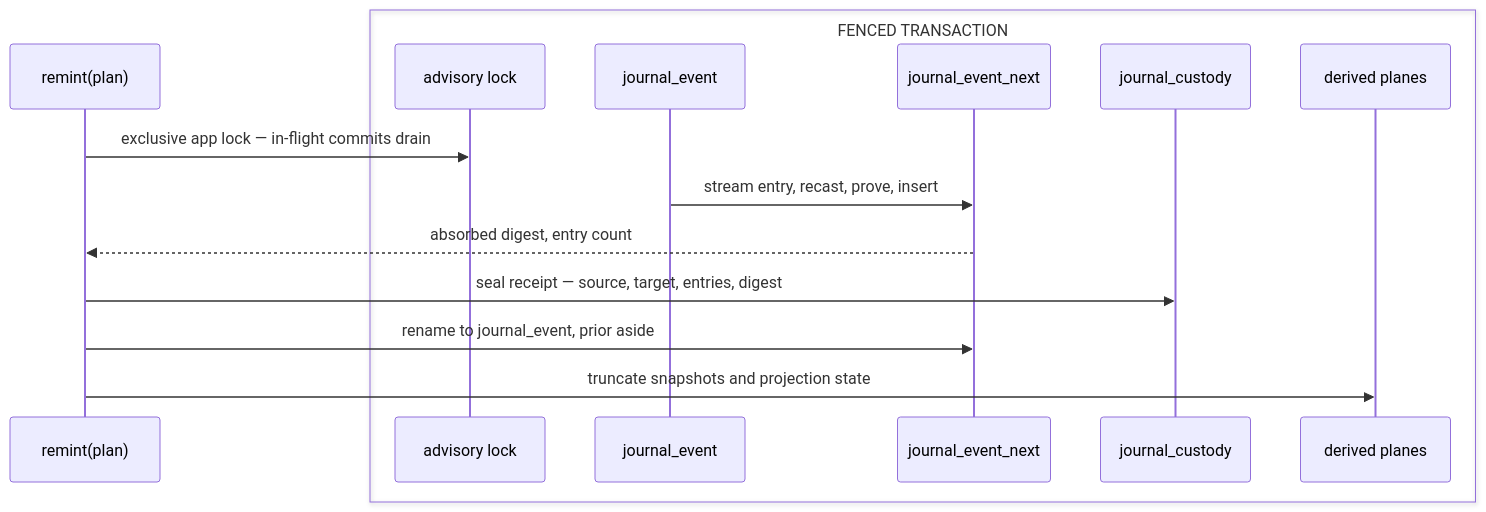
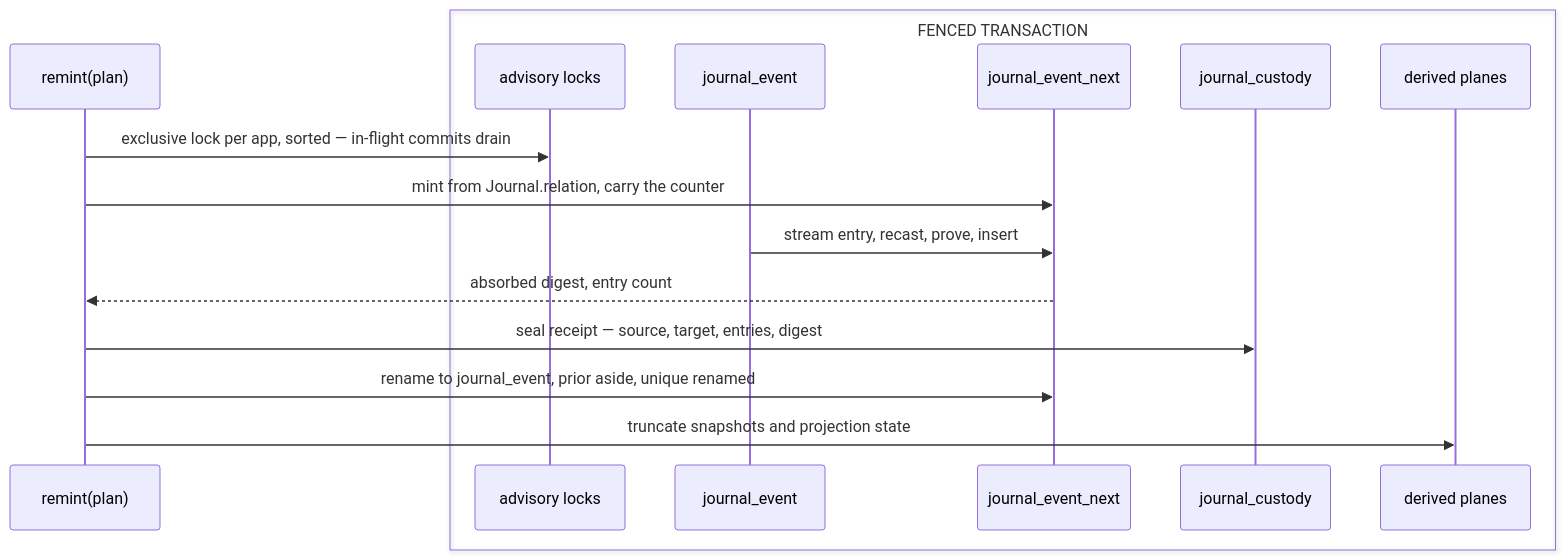
The diagram in libs/typescript/data/.planning/journal/evolve.md (bsamiee/Rasm), drawn with Mermaid before and after one commit. The commit also changed other lines of this file and 167 other files, not shown here.

````diff
--- a/libs/typescript/data/.planning/journal/evolve.md
+++ b/libs/typescript/data/.planning/journal/evolve.md
@@ -228,19 +37,20 @@
 ```mermaid
 sequenceDiagram
-  accTitle: Journal generation re-mint
-  accDescr: The cutover fences the log, streams every entry through the recast into a shadow relation, seals the custody receipt, swaps the relations, and truncates the derived planes.
+  accTitle: Journal generation cutover
+  accDescr: The cutover fences every app, mints the shadow from the relation's own DDL, carries the counter, streams every entry through the recast into the shadow, seals the custody receipt, swaps the relations, and truncates the derived planes.
   participant O as remint(plan)
   box transparent FENCED TRANSACTION
-    participant F as advisory lock
+    participant F as advisory locks
     participant L as journal_event
     participant N as journal_event_next
     participant C as journal_custody
     participant D as derived planes
   end
-  O->>F: exclusive app lock — in-flight commits drain
+  O->>F: exclusive lock per app, sorted — in-flight commits drain
+  O->>N: mint from Journal.relation, carry the counter
   L->>N: stream entry, recast, prove, insert
   N-->>O: absorbed digest, entry count
   O->>C: seal receipt — source, target, entries, digest
-  O->>N: rename to journal_event, prior aside
+  O->>N: rename to journal_event, prior aside, unique renamed
   O->>D: truncate snapshots and projection state
 ```
````
